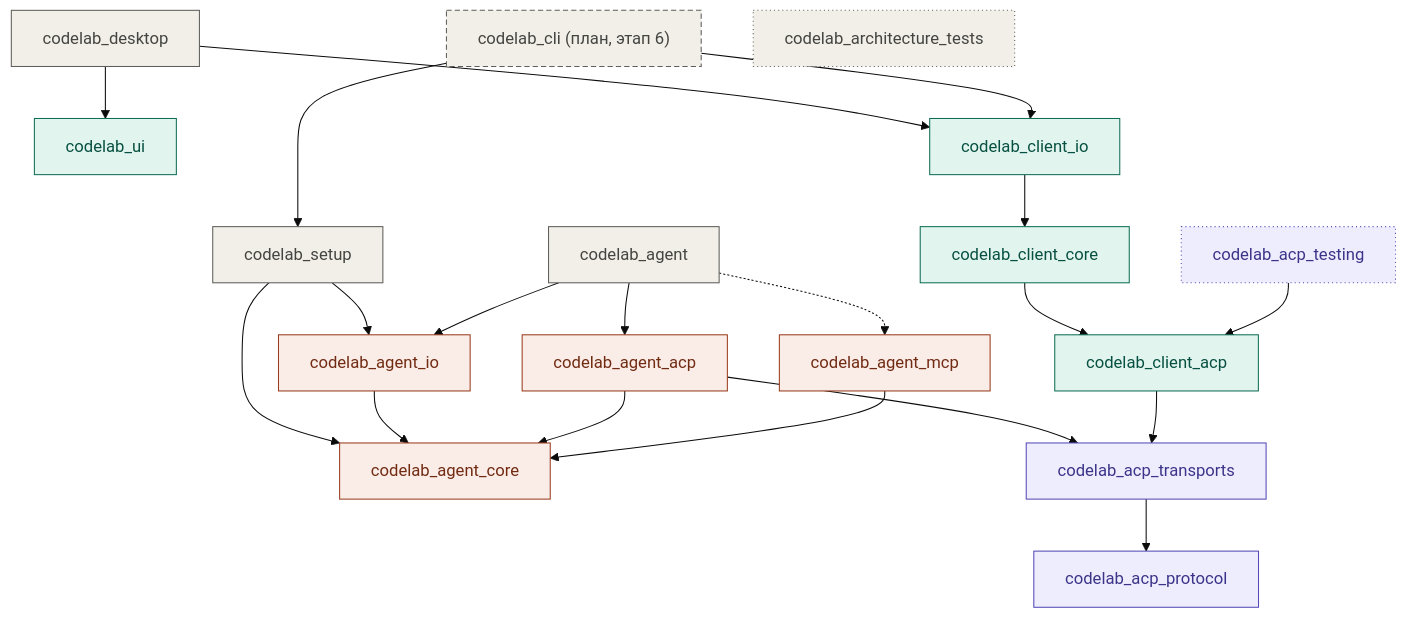
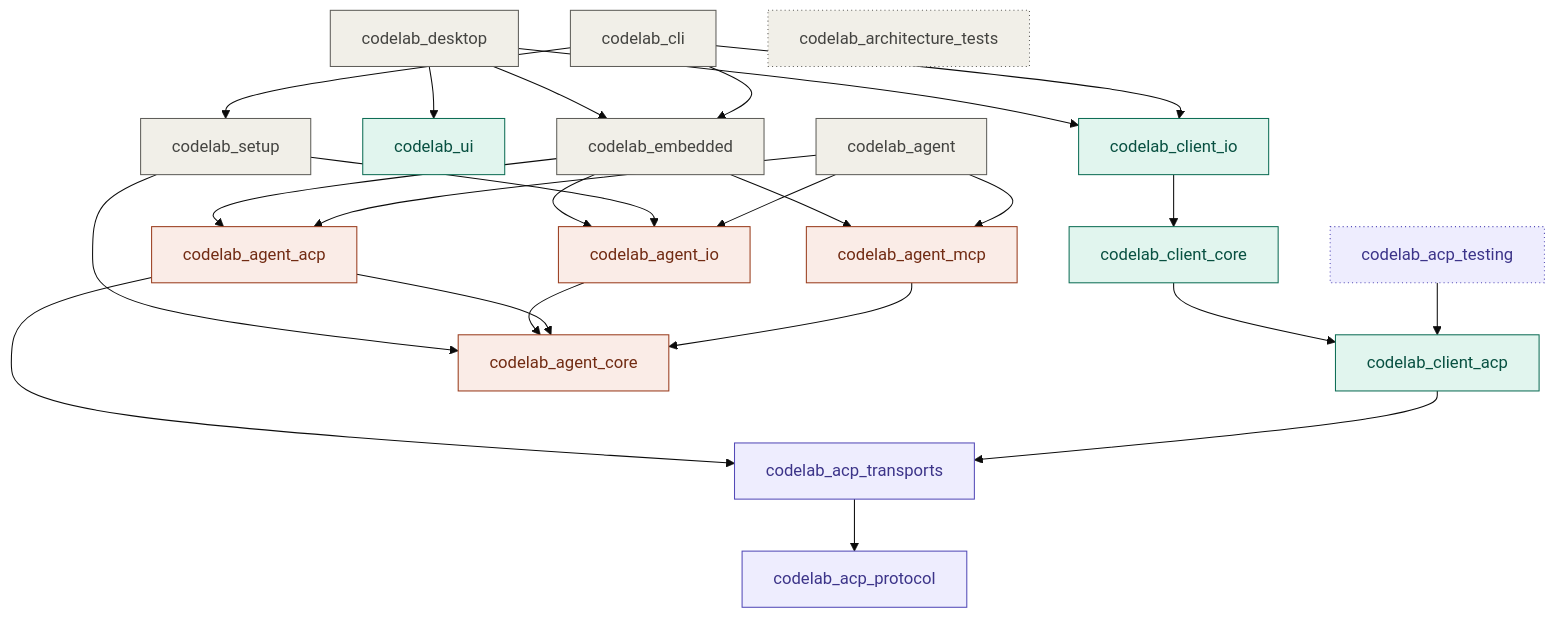
One commit to pese-git/codelab-app changed the diagram in README.md. Above: the diagram before and after it, drawn with Mermaid (base theme). The commit also changed other lines of this file and 10 other files, not shown here.

Commit message:
docs: документы и Definition of Done этапа 7, allowlist зависимостей codelab-app в стороже (итерация 6 add-embedded-agent-mode)

````diff
--- a/README.md
+++ b/README.md
@@ -33,56 +34,60 @@
 ```mermaid
 flowchart TD
   desktop[codelab_desktop]
-  cli["codelab_cli (план, этап 6)"]
+  cli[codelab_cli]
   agent[codelab_agent]
 
   ui[codelab_ui]
   client_io[codelab_client_io]
   agent_io[codelab_agent_io]
 
   client_core[codelab_client_core]
   agent_acp[codelab_agent_acp]
   agent_mcp[codelab_agent_mcp]
   setup[codelab_setup]
+  embedded[codelab_embedded]
 
   testing[codelab_acp_testing]
   client_acp[codelab_client_acp]
   agent_core[codelab_agent_core]
 
   transports[codelab_acp_transports]
   arch[codelab_architecture_tests]
   protocol[codelab_acp_protocol]
 
   desktop --> ui
   desktop --> client_io
   cli --> client_io
   cli --> setup
+  desktop --> embedded
+  cli --> embedded
+  embedded --> agent_acp
+  embedded --> agent_io
+  embedded --> agent_mcp
   setup --> agent_io
   setup --> agent_core
   agent --> agent_io
   agent --> agent_acp
-  agent -.-> agent_mcp
+  agent --> agent_mcp
   client_io --> client_core
   agent_io --> agent_core
   client_core --> client_acp
   agent_acp --> agent_core
   agent_mcp --> agent_core
   agent_acp --> transports
   testing --> client_acp
   client_acp --> transports
   transports --> protocol
 
   classDef app fill:#F1EFE8,stroke:#5F5E5A,color:#444441
   classDef acp fill:#EEEDFE,stroke:#534AB7,color:#3C3489
   classDef client fill:#E1F5EE,stroke:#0F6E56,color:#085041
   classDef agentside fill:#FAECE7,stroke:#993C1D,color:#712B13
-  classDef planned stroke-dasharray:5 3
   classDef testonly stroke-dasharray:1 3
 
-  class desktop,cli,agent,arch,setup app
+  class desktop,cli,agent,arch,setup,embedded app
   class protocol,transports,testing acp
   class ui,client_io,client_core,client_acp client
   class agent_io,agent_acp,agent_mcp,agent_core agentside
-  class cli planned
   class testing,arch testonly
 ```
````
